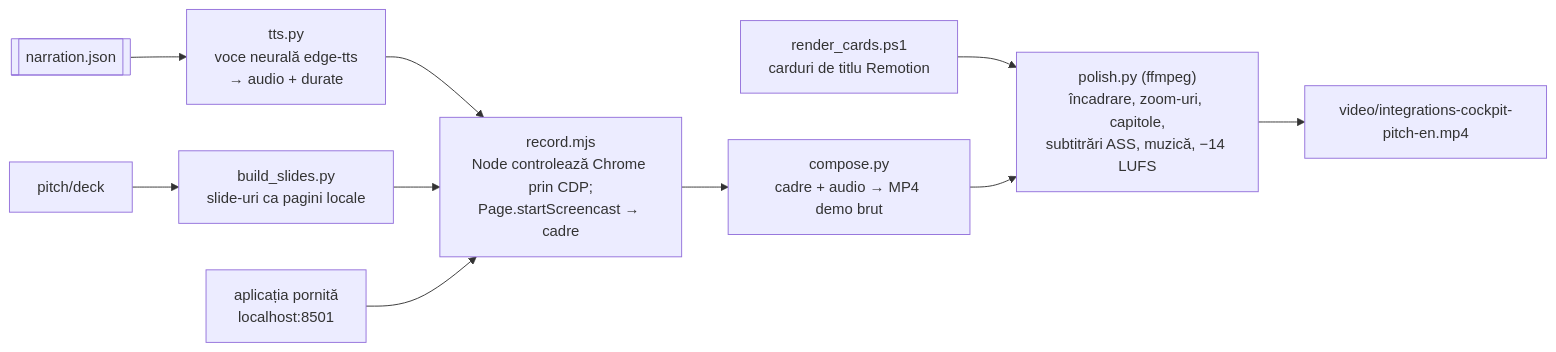
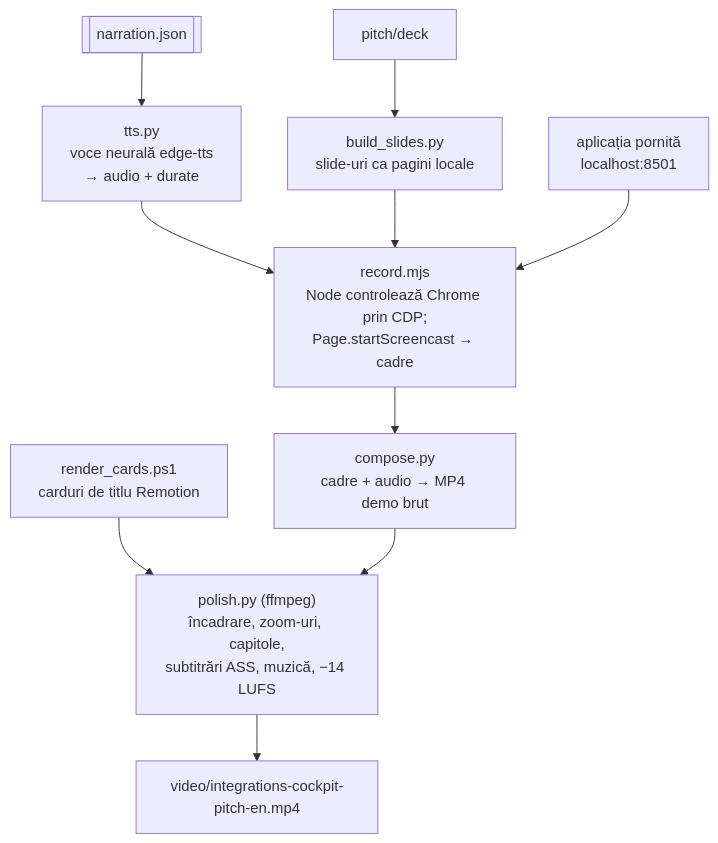
One commit to cristiv123/integrations-cockpit changed diagram 12 of 12 in doc/ro/documentatie-tehnica.md. Above: the diagram before and after it, drawn with Mermaid. The commit also changed other lines of this file and 13 other files, not shown here.

````diff
--- a/doc/ro/documentatie-tehnica.md
+++ b/doc/ro/documentatie-tehnica.md
@@ -814,11 +781,11 @@
 ```mermaid
-flowchart LR
+flowchart TD
     N[["narration.json"]] --> TTS["tts.py<br/>voce neurală edge-tts<br/>→ audio + durate"]
     DECK["pitch/deck"] --> BS["build_slides.py<br/>slide-uri ca pagini locale"]
     TTS & BS --> REC["record.mjs<br/>Node controlează Chrome prin CDP;<br/>Page.startScreencast → cadre"]
     APPR["aplicația pornită<br/>localhost:8501"] --> REC
     REC --> CMP["compose.py<br/>cadre + audio → MP4 demo brut"]
     CARDS["render_cards.ps1<br/>carduri de titlu Remotion"] --> POL
     CMP --> POL["polish.py (ffmpeg)<br/>încadrare, zoom-uri, capitole,<br/>subtitrări ASS, muzică, −14 LUFS"]
     POL --> OUT["video/integrations-cockpit-pitch-en.mp4"]
 ```
````
